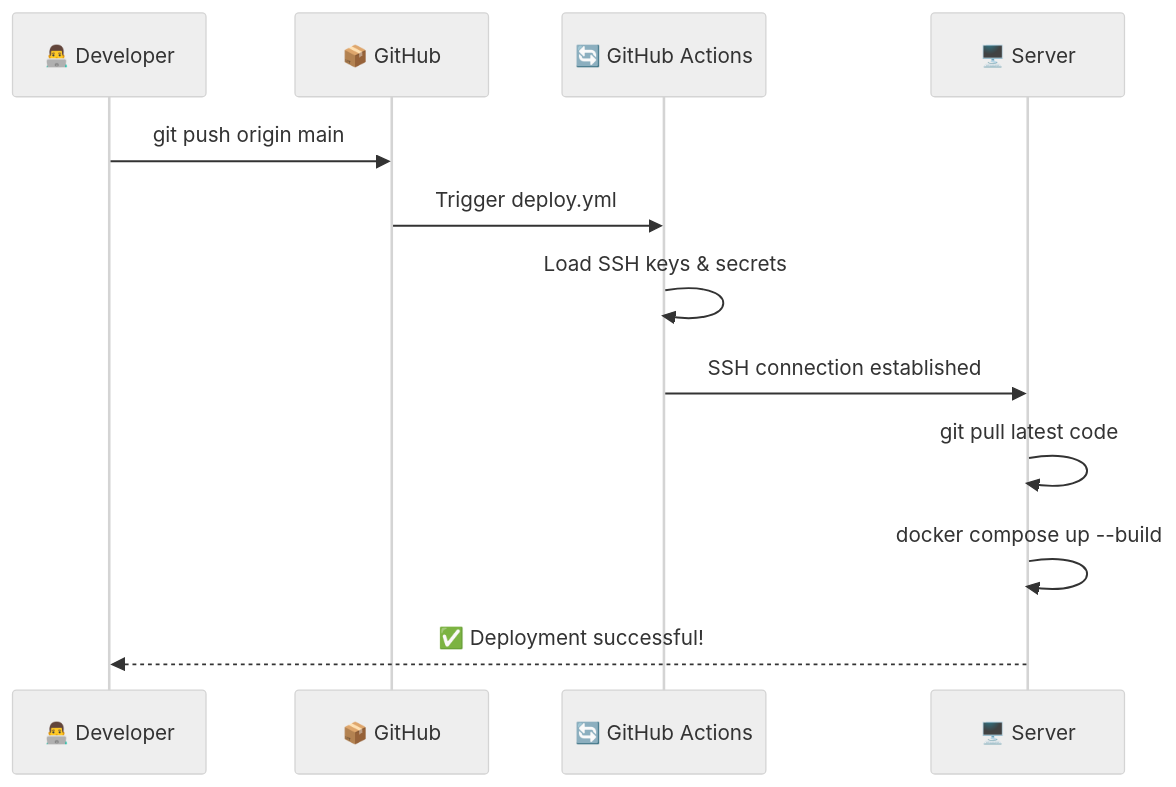
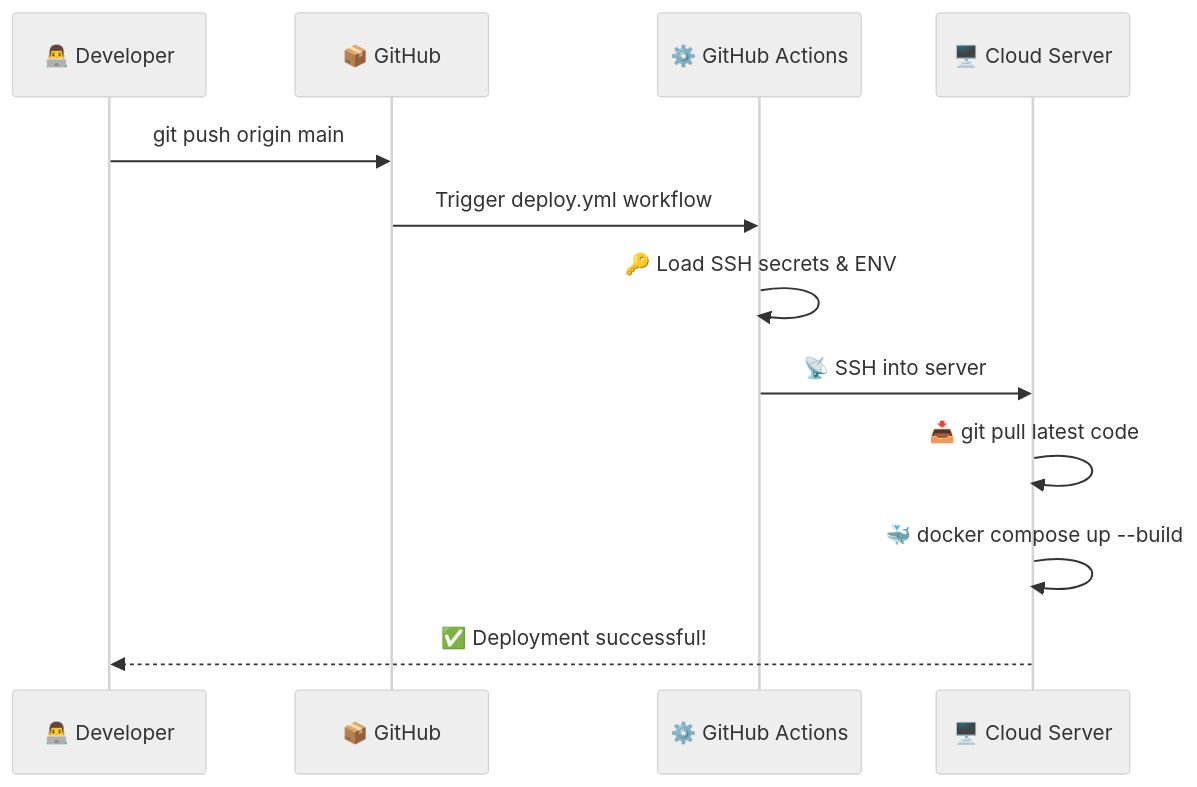
Before and after one commit to Akshatsrii/DockStack: the second of 2 diagrams in README.md, drawn with Mermaid (neutral theme). The commit also changed other lines of this file, not shown here.

````diff
--- a/README.md
+++ b/README.md
@@ -290,15 +358,15 @@
 ```mermaid
 sequenceDiagram
     participant Dev as 👨‍💻 Developer
-    participant GH as 📦 GitHub
-    participant GA as 🔄 GitHub Actions
-    participant SRV as 🖥️ Server
+    participant GH  as 📦 GitHub
+    participant GA  as ⚙️ GitHub Actions
+    participant SRV as 🖥️ Cloud Server
 
     Dev->>GH: git push origin main
-    GH->>GA: Trigger deploy.yml
-    GA->>GA: Load SSH keys & secrets
-    GA->>SRV: SSH connection established
-    SRV->>SRV: git pull latest code
-    SRV->>SRV: docker compose up --build
+    GH->>GA: Trigger deploy.yml workflow
+    GA->>GA: 🔑 Load SSH secrets & ENV
+    GA->>SRV: 📡 SSH into server
+    SRV->>SRV: 📥 git pull latest code
+    SRV->>SRV: 🐳 docker compose up --build
     SRV-->>Dev: ✅ Deployment successful!
 ```
````
